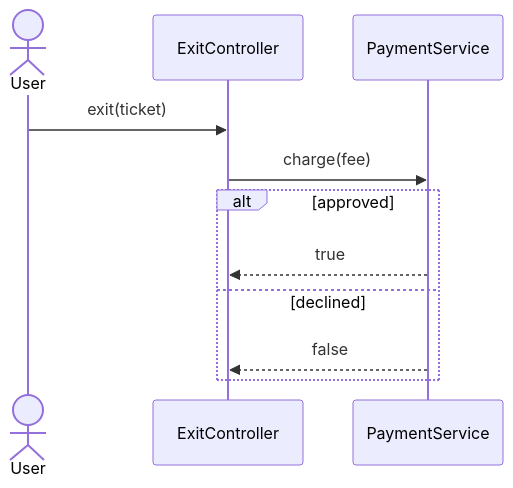
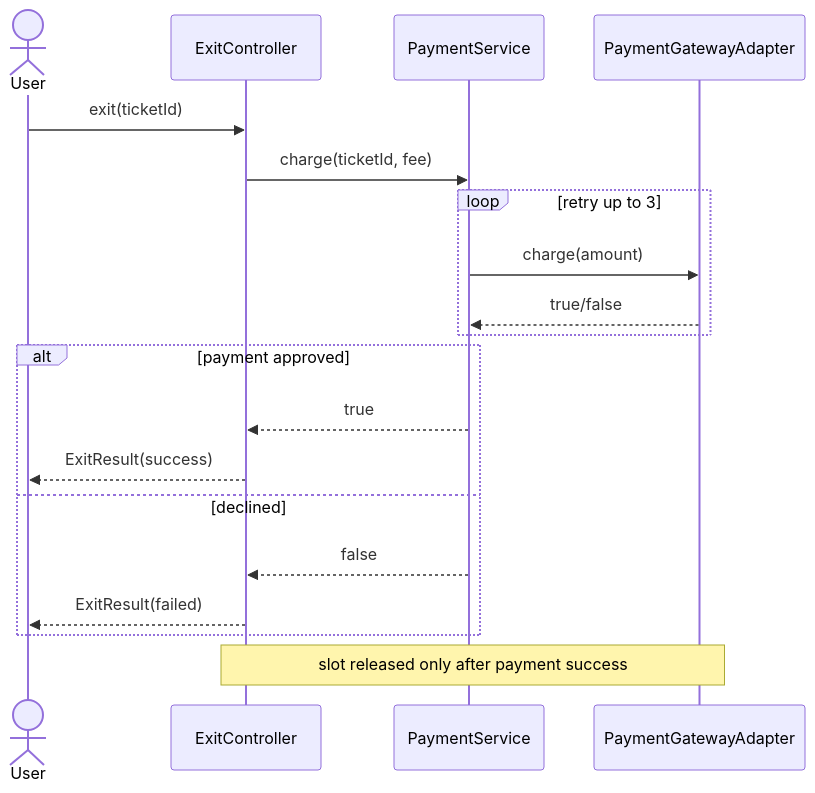
One commit to iamitgupta/system-design-LLD-basic changed the second of 59 diagrams in Readme.md. Above: the diagram before and after it, drawn with Mermaid. The commit also changed other lines of this file, not shown here.

````diff
--- a/Readme.md
+++ b/Readme.md
@@ -318,13 +781,21 @@
 ```mermaid
 sequenceDiagram
     actor U as User
     participant C as ExitController
     participant P as PaymentService
-    U->>C: exit(ticket)
-    C->>P: charge(fee)
-    alt approved
+    participant G as PaymentGatewayAdapter
+    U->>C: exit(ticketId)
+    C->>P: charge(ticketId, fee)
+    loop retry up to 3
+        P->>G: charge(amount)
+        G-->>P: true/false
+    end
+    alt payment approved
         P-->>C: true
+        C-->>U: ExitResult(success)
     else declined
         P-->>C: false
+        C-->>U: ExitResult(failed)
     end
+    Note over C,G: slot released only after payment success
 ```
````
